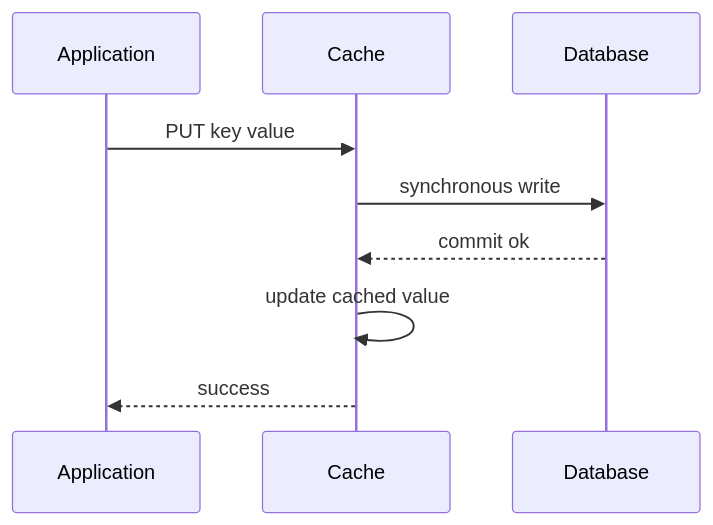
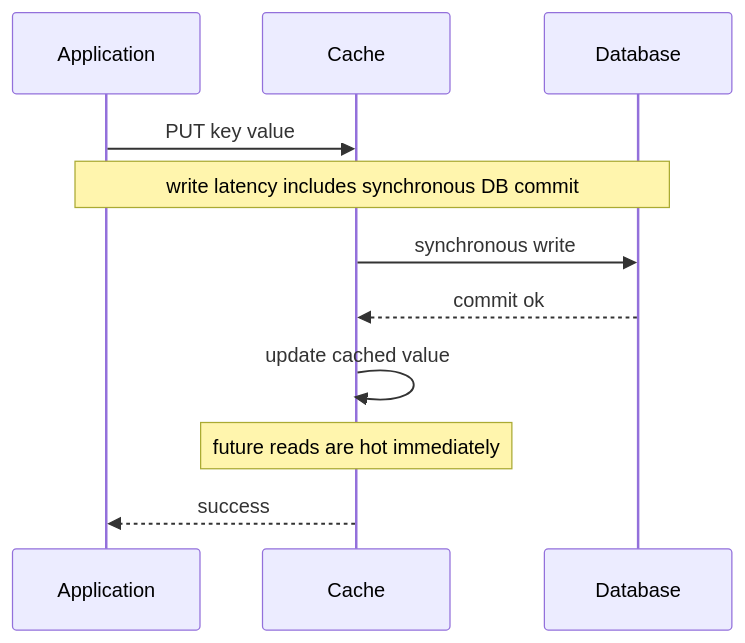
Before and after one commit to MachariaP/system-design-academy: the second of 12 diagrams in modules/03-caching-memory.md, drawn with Mermaid. The commit also changed other lines of this file, not shown here.

````diff
--- a/modules/03-caching-memory.md
+++ b/modules/03-caching-memory.md
@@ -51,12 +55,14 @@
 ```mermaid
 sequenceDiagram
     participant App as Application
     participant Cache as Cache
     participant DB as Database
 
     App->>Cache: PUT key value
+    Note over App,DB: write latency includes synchronous DB commit
     Cache->>DB: synchronous write
     DB-->>Cache: commit ok
     Cache->>Cache: update cached value
+    Note over Cache: future reads are hot immediately
     Cache-->>App: success
 ```
````
